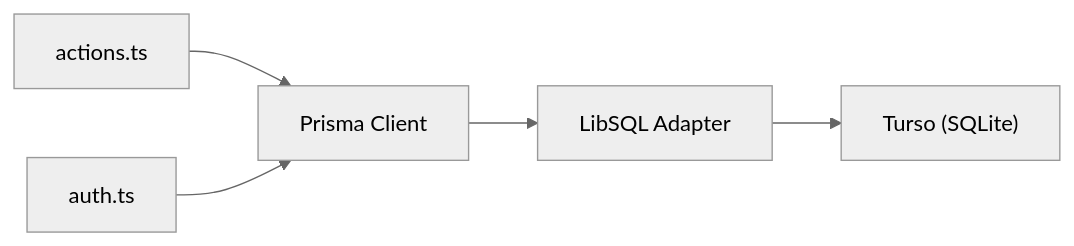
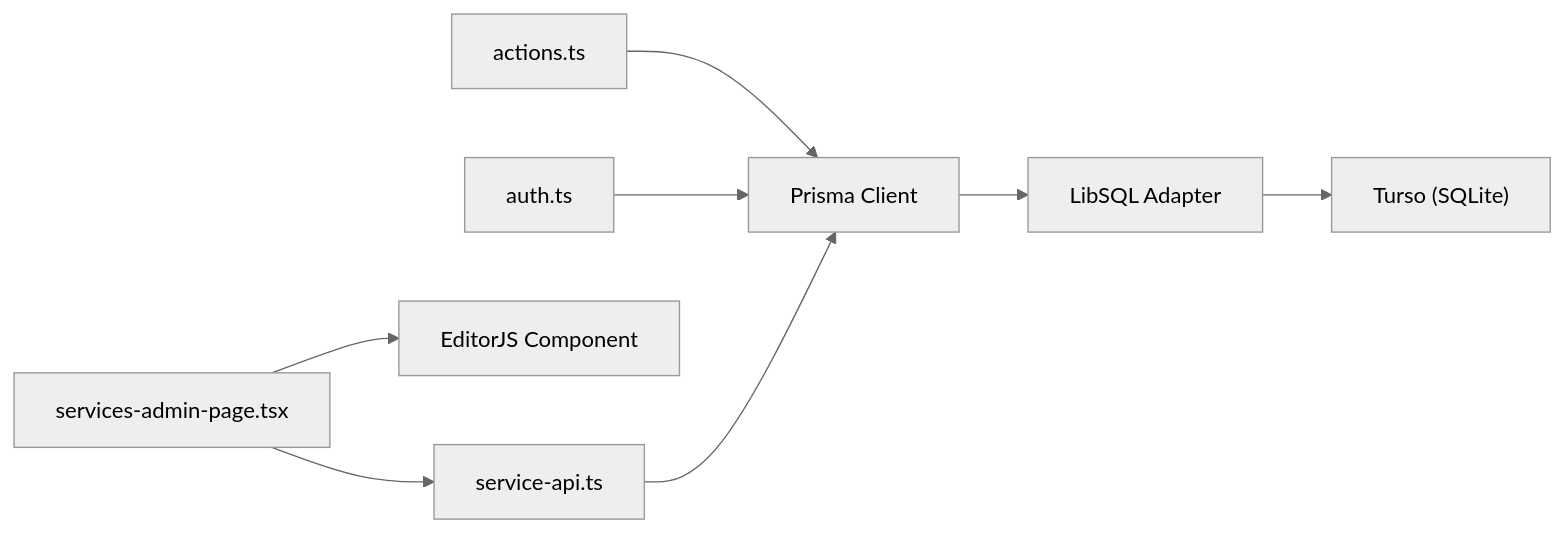
The fifth of 5 diagrams in .qoder/repowiki/en/content/Database Design & Data Model/Database Design & Data Model.md (xLegarda/GreenAxis), drawn with Mermaid (neutral theme) before and after one commit. The commit also changed other lines of this file and 42 other files, not shown here.

````diff
--- a/.qoder/repowiki/en/content/Database Design & Data Model/Database Design & Data Model.md
+++ b/.qoder/repowiki/en/content/Database Design & Data Model/Database Design & Data Model.md
@@ -498,7 +542,10 @@
 ```mermaid
 graph LR
 Actions["actions.ts"] --> Prisma["Prisma Client"]
 Auth["auth.ts"] --> Prisma
 Prisma --> Adapter["LibSQL Adapter"]
 Adapter --> Turso["Turso (SQLite)"]
+ServicesAdmin["services-admin-page.tsx"] --> EditorJS["EditorJS Component"]
+ServicesAdmin --> ServiceAPI["service-api.ts"]
+ServiceAPI --> Prisma
 ```
````
